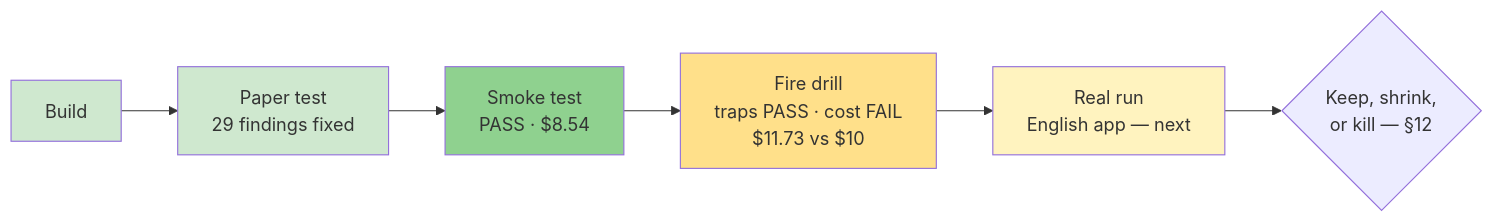
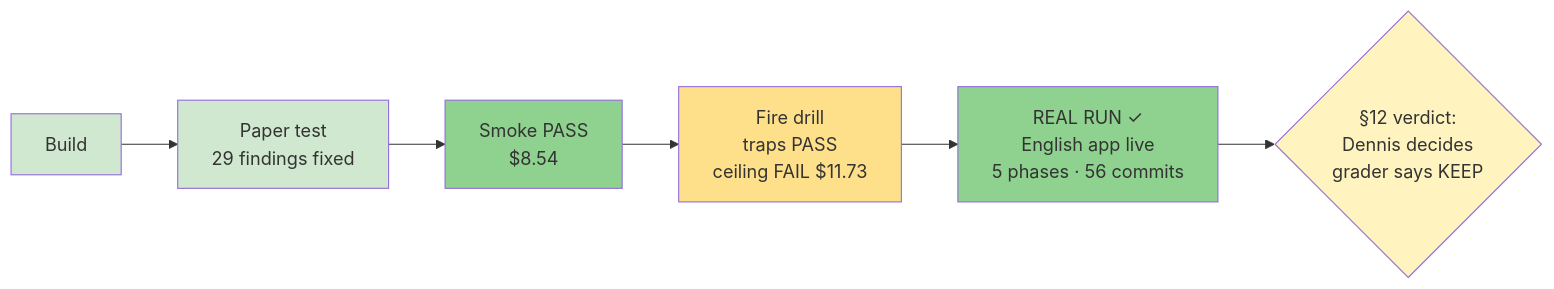
The diagram in STATUS.md (dkreinov/oplan), drawn with Mermaid before and after one commit. The commit also changed other lines of this file, not shown here.

Commit message:
docs: real run graded - app live, auditor redeemed, awaiting §12 verdict

````diff
--- a/STATUS.md
+++ b/STATUS.md
@@ -13,13 +14,14 @@
 ```mermaid
 flowchart LR
     B[Build] --> P[Paper test<br/>29 findings fixed]
-    P --> S[Smoke test<br/>PASS · $8.54]
-    S --> F[Fire drill<br/>traps PASS · cost FAIL<br/>$11.73 vs $10]
-    F --> R[Real run<br/>English app — next]
-    R --> K{Keep, shrink,<br/>or kill — §12}
+    P --> S[Smoke PASS<br/>$8.54]
+    S --> F[Fire drill<br/>traps PASS<br/>ceiling FAIL $11.73]
+    F --> R[REAL RUN ✓<br/>English app live<br/>5 phases · 56 commits]
+    R --> K{§12 verdict:<br/>Dennis decides<br/>grader says KEEP}
     style B fill:#cfe8cf
     style P fill:#cfe8cf
     style S fill:#8fd18f
     style F fill:#ffe08a
-    style R fill:#fff3bf
+    style R fill:#8fd18f
+    style K fill:#fff3bf
 ```
````
